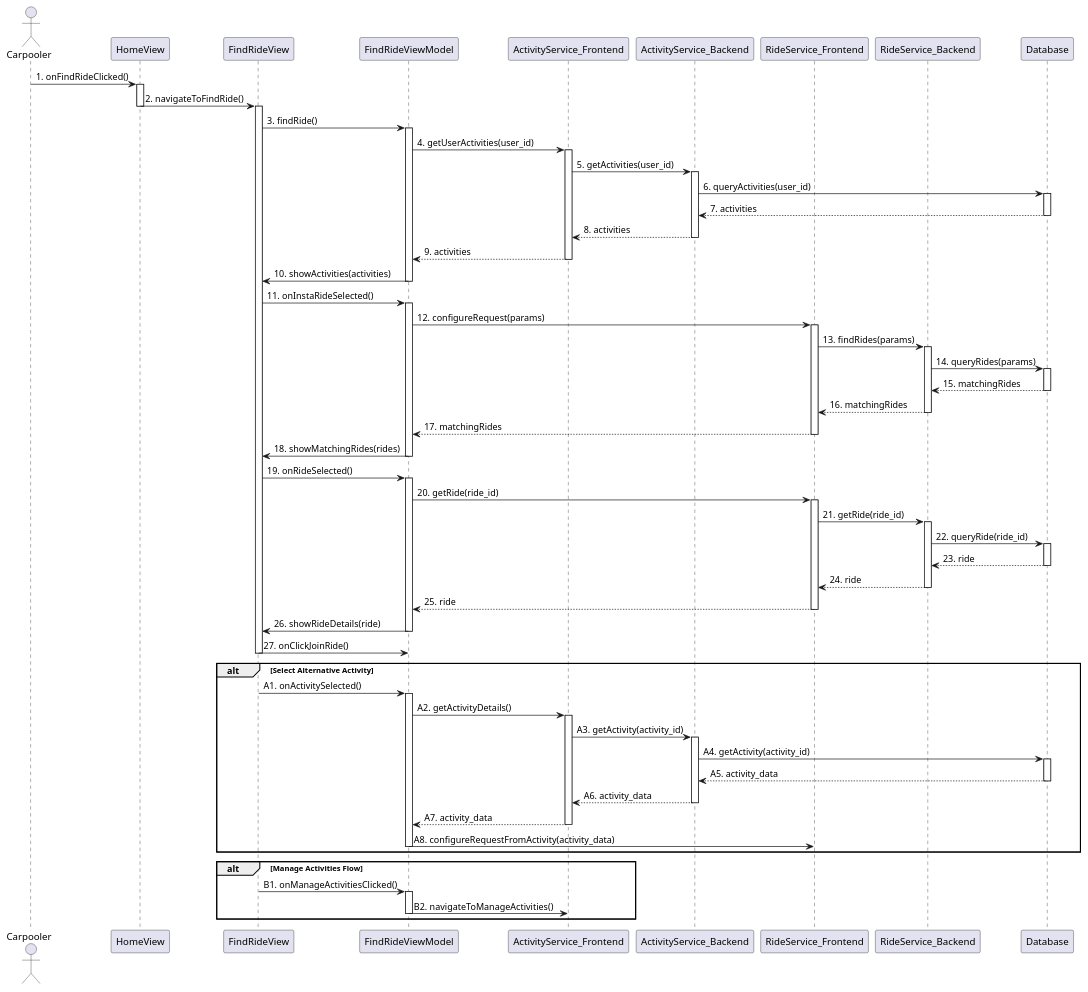
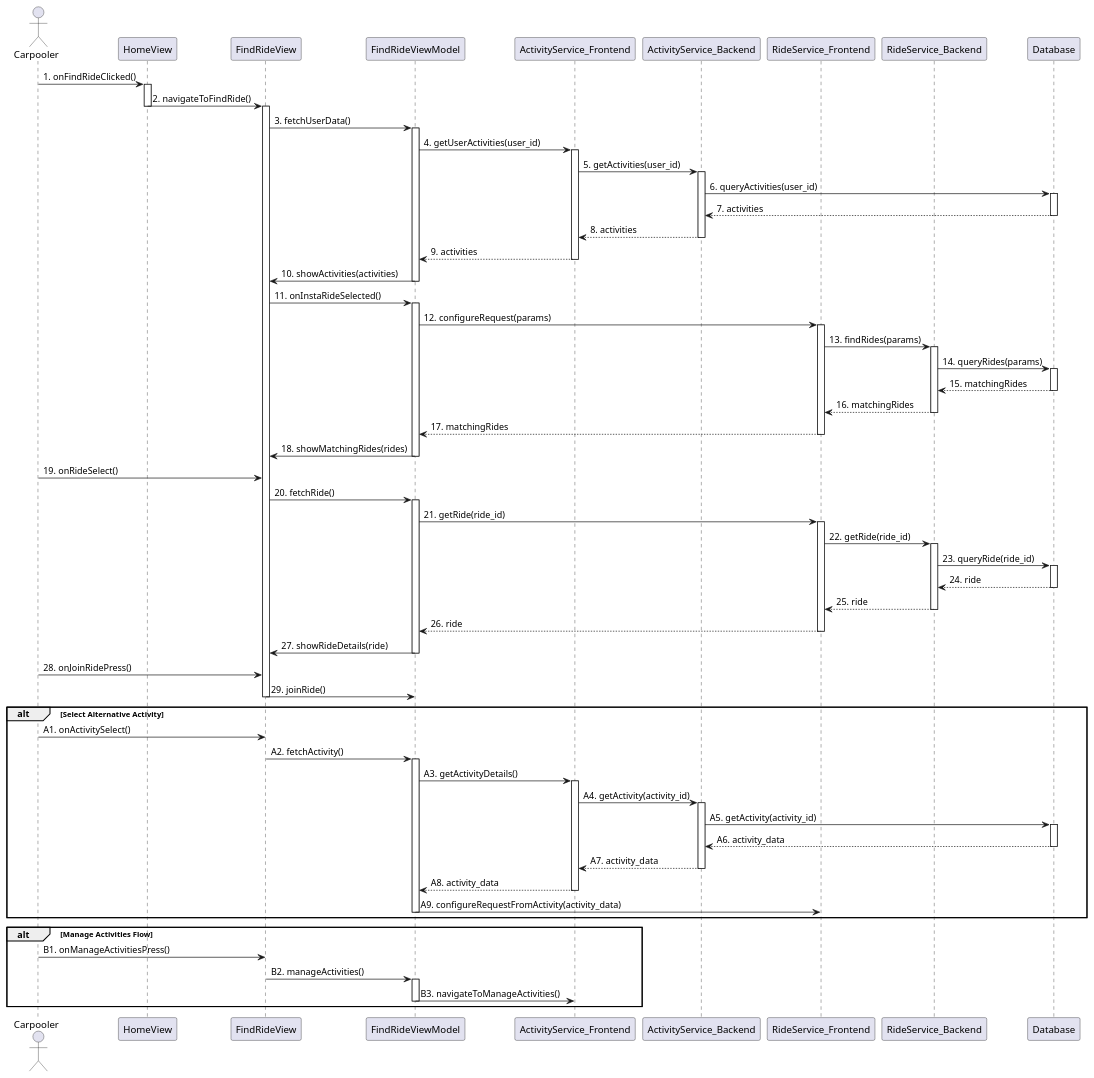
One commit to YannisRavasopoulos/ProjectSD_S6 changed the diagram in reports/sequence/find-ride.plantuml. Above: the diagram before and after it, drawn with PlantUML.

Commit message:
NOW BETTER?

```diff
--- a/reports/sequence/find-ride.plantuml
+++ b/reports/sequence/find-ride.plantuml
@@ -1,122 +1,127 @@
 @startuml
 actor Carpooler
 participant "HomeView" as HomeView
 participant "FindRideView" as FindRideView
 participant "FindRideViewModel" as VM
 participant "ActivityService_Frontend" as ActSrv_F
 participant "ActivityService_Backend" as ActSrv_B
 participant "RideService_Frontend" as RideSrv_F
 participant "RideService_Backend" as RideSrv_B
 participant "Database" as DB
 
 Carpooler -> HomeView: 1. onFindRideClicked()
 activate HomeView
 HomeView -> FindRideView: 2. navigateToFindRide()
 deactivate HomeView
 activate FindRideView
-FindRideView -> VM: 3. findRide()
+FindRideView -> VM: 3. fetchUserData()
 activate VM
 
 box "Main Course of Events"
   VM -> ActSrv_F: 4. getUserActivities(user_id)
   activate ActSrv_F
 
   ActSrv_F -> ActSrv_B: 5. getActivities(user_id)
   activate ActSrv_B
   ActSrv_B -> DB: 6. queryActivities(user_id)
   activate DB
   DB --> ActSrv_B: 7. activities
   deactivate DB
   ActSrv_B --> ActSrv_F: 8. activities
   deactivate ActSrv_B
 
   ActSrv_F --> VM: 9. activities
   deactivate ActSrv_F
 
   VM -> FindRideView: 10. showActivities(activities)
   deactivate VM
 end box
 
 box "Main Course (Insta‑Ride Selection → Show Matches)"
   FindRideView -> VM: 11. onInstaRideSelected()
   activate VM
 
   VM -> RideSrv_F: 12. configureRequest(params)
   activate RideSrv_F
 
   RideSrv_F -> RideSrv_B: 13. findRides(params)
   activate RideSrv_B
   RideSrv_B -> DB: 14. queryRides(params)
   activate DB
   DB --> RideSrv_B: 15. matchingRides
   deactivate DB
   RideSrv_B --> RideSrv_F: 16. matchingRides
   deactivate RideSrv_B
 
   RideSrv_F --> VM: 17. matchingRides
   deactivate RideSrv_F
 
   VM -> FindRideView: 18. showMatchingRides(rides)
   deactivate VM
 end box
 
-FindRideView -> VM: 19. onRideSelected()
-activate VM
-VM -> RideSrv_F: 20. getRide(ride_id)
-activate RideSrv_F
+box "Main Course (Ride Details → Join)"
+  Carpooler -> FindRideView: 19. onRideSelect()
+  FindRideView -> VM: 20. fetchRide()
+  activate VM
+  VM -> RideSrv_F: 21. getRide(ride_id)
+  activate RideSrv_F
 
-RideSrv_F -> RideSrv_B: 21. getRide(ride_id)
-activate RideSrv_B
-RideSrv_B -> DB: 22. queryRide(ride_id)
-activate DB
-DB --> RideSrv_B: 23. ride
-deactivate DB
-RideSrv_B --> RideSrv_F: 24. ride
-deactivate RideSrv_B
+  RideSrv_F -> RideSrv_B: 22. getRide(ride_id)
+  activate RideSrv_B
+  RideSrv_B -> DB: 23. queryRide(ride_id)
+  activate DB
+  DB --> RideSrv_B: 24. ride
+  deactivate DB
+  RideSrv_B --> RideSrv_F: 25. ride
+  deactivate RideSrv_B
 
-RideSrv_F --> VM: 25. ride
-deactivate RideSrv_F
-VM -> FindRideView: 26. showRideDetails(ride)
-deactivate VM
+  RideSrv_F --> VM: 26. ride
+  deactivate RideSrv_F
+  VM -> FindRideView: 27. showRideDetails(ride)
+  deactivate VM
 
-FindRideView -> VM: 27. onClickJoinRide()
-deactivate FindRideView
-' → continues with Join Ride UC
+  Carpooler -> FindRideView: 28. onJoinRidePress()
+  FindRideView -> VM: 29. joinRide()
+  deactivate FindRideView
+end box
 
 alt Select Alternative Activity
   box "Alternative: Choose Activity"
-    FindRideView -> VM: A1. onActivitySelected()
+    Carpooler -> FindRideView: A1. onActivitySelect()
+    FindRideView -> VM: A2. fetchActivity()
     activate VM
     
-    VM -> ActSrv_F: A2. getActivityDetails()
+    VM -> ActSrv_F: A3. getActivityDetails()
     activate ActSrv_F
     
-    ActSrv_F -> ActSrv_B: A3. getActivity(activity_id)
+    ActSrv_F -> ActSrv_B: A4. getActivity(activity_id)
     activate ActSrv_B
     
-    ActSrv_B -> DB: A4. getActivity(activity_id)
+    ActSrv_B -> DB: A5. getActivity(activity_id)
     activate DB
-    DB --> ActSrv_B: A5. activity_data
+    DB --> ActSrv_B: A6. activity_data
     deactivate DB
     
-    ActSrv_B --> ActSrv_F: A6. activity_data
+    ActSrv_B --> ActSrv_F: A7. activity_data
     deactivate ActSrv_B
     
-    ActSrv_F --> VM: A7. activity_data
+    ActSrv_F --> VM: A8. activity_data
     deactivate ActSrv_F
     
-    VM -> RideSrv_F: A8. configureRequestFromActivity(activity_data)
+    VM -> RideSrv_F: A9. configureRequestFromActivity(activity_data)
     deactivate VM
   end box
 end
 
 alt Manage Activities Flow
   box "Alternative: Manage Activities"
-    FindRideView -> VM: B1. onManageActivitiesClicked()
+    Carpooler -> FindRideView: B1. onManageActivitiesPress()
+    FindRideView -> VM: B2. manageActivities()
     activate VM
-    VM -> ActSrv_F: B2. navigateToManageActivities()
+    VM -> ActSrv_F: B3. navigateToManageActivities()
     deactivate VM
   end box
 end
 
 @enduml
```
